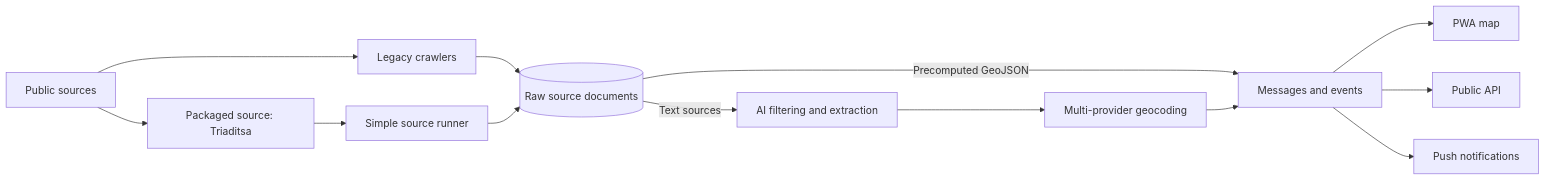
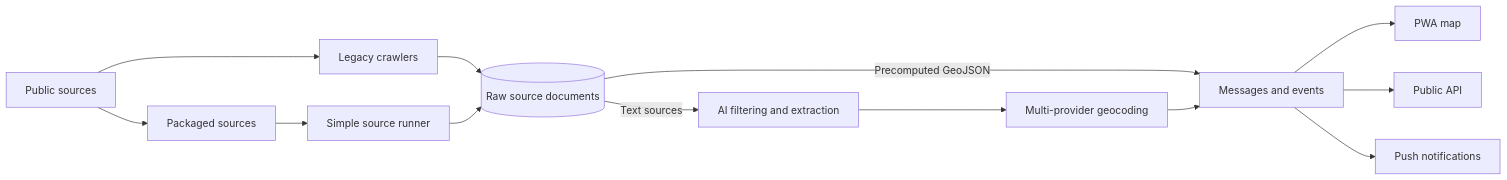
One commit to oboapp/oboapp changed the diagram in README.md. Above: the diagram before and after it, drawn with Mermaid. The commit also changed other lines of this file and 4 other files, not shown here.

````diff
--- a/README.md
+++ b/README.md
@@ -37,15 +37,15 @@
 ```mermaid
 flowchart LR
 	sources[Public sources] --> legacy[Legacy crawlers]
-	sources --> packaged[Packaged source: Triaditsa]
+	sources --> packaged[Packaged sources]
 	packaged --> runner[Simple source runner]
 	legacy --> raw[(Raw source documents)]
 	runner --> raw
 	raw -->|Text sources| ingest[AI filtering and extraction]
 	raw -->|Precomputed GeoJSON| events
 	ingest --> geocoding[Multi-provider geocoding]
 	geocoding --> events[Messages and events]
 	events --> web[PWA map]
 	events --> api[Public API]
 	events --> notifications[Push notifications]
 ```
````
